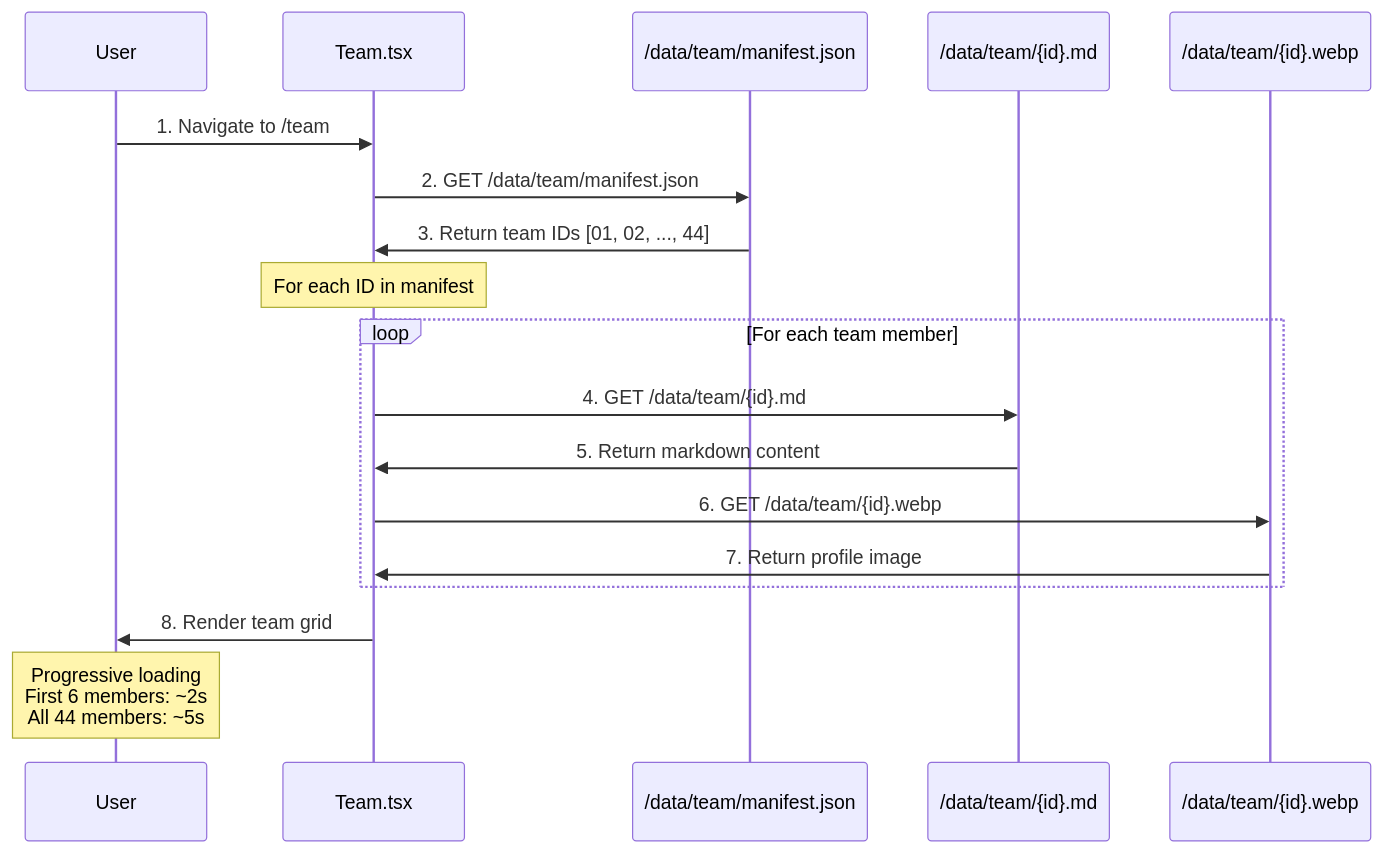
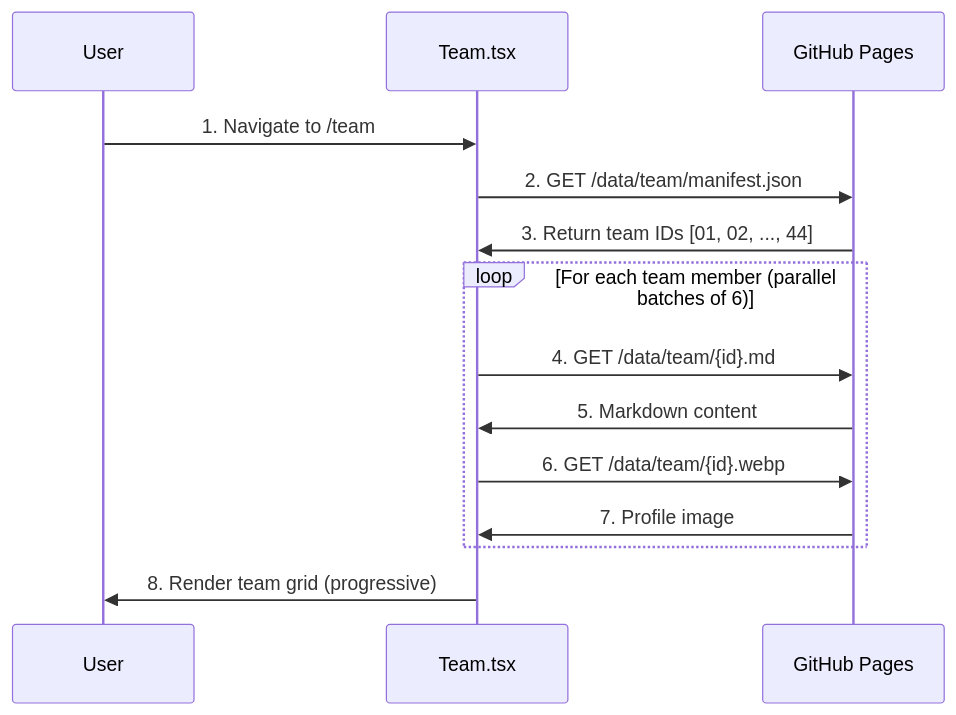
Before and after one commit to DreamLab-AI/dreamlab-ai-website: the ninth of 18 diagrams in docs/architecture/DATA_FLOW.md, drawn with Mermaid. The commit also changed other lines of this file and 49 other files, not shown here.

````diff
--- a/docs/architecture/DATA_FLOW.md
+++ b/docs/architecture/DATA_FLOW.md
@@ -160,24 +273,19 @@
 ```mermaid
 sequenceDiagram
     participant U as User
     participant Team as Team.tsx
-    participant Manifest as /data/team/manifest.json
-    participant Profiles as /data/team/{id}.md
-    participant Images as /data/team/{id}.webp
+    participant CDN as GitHub Pages
 
     U->>Team: 1. Navigate to /team
-    Team->>Manifest: 2. GET /data/team/manifest.json
-    Manifest->>Team: 3. Return team IDs [01, 02, ..., 44]
+    Team->>CDN: 2. GET /data/team/manifest.json
+    CDN->>Team: 3. Return team IDs [01, 02, ..., 44]
 
-    Note over Team: For each ID in manifest
-    loop For each team member
-        Team->>Profiles: 4. GET /data/team/{id}.md
-        Profiles->>Team: 5. Return markdown content
-        Team->>Images: 6. GET /data/team/{id}.webp
-        Images->>Team: 7. Return profile image
+    loop For each team member (parallel batches of 6)
+        Team->>CDN: 4. GET /data/team/{id}.md
+        CDN->>Team: 5. Markdown content
+        Team->>CDN: 6. GET /data/team/{id}.webp
+        CDN->>Team: 7. Profile image
     end
 
-    Team->>U: 8. Render team grid
-
-    Note over U: Progressive loading<br/>First 6 members: ~2s<br/>All 44 members: ~5s
+    Team->>U: 8. Render team grid (progressive)
 ```
````
